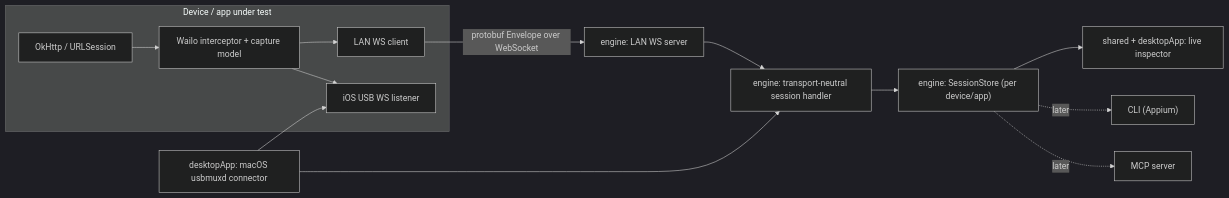
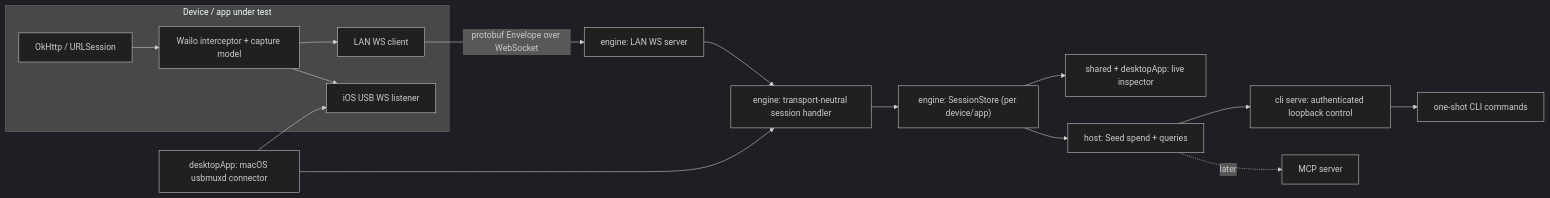
Before and after one commit to venbiasa/wailo: the diagram in ARCHITECTURE.md, drawn with Mermaid (dark theme). The commit also changed other lines of this file and 23 other files, not shown here.

````diff
--- a/ARCHITECTURE.md
+++ b/ARCHITECTURE.md
@@ -21,16 +21,18 @@
 ```mermaid
 flowchart LR
   subgraph device [Device / app under test]
     ok[OkHttp / URLSession] --> intc["Wailo interceptor + capture model"]
     intc --> client["LAN WS client"]
     intc --> listener["iOS USB WS listener"]
   end
   client -->|"protobuf Envelope over WebSocket"| server["engine: LAN WS server"]
   usb["desktopApp: macOS usbmuxd connector"] --> listener
   server --> session["engine: transport-neutral session handler"]
   usb --> session
   session --> store["engine: SessionStore (per device/app)"]
   store --> ui["shared + desktopApp: live inspector"]
-  store -. later .-> cli["CLI (Appium)"]
-  store -. later .-> mcp["MCP server"]
+  store --> host["host: Seed spend + queries"]
+  host --> control["cli serve: authenticated loopback control"]
+  control --> cli["one-shot CLI commands"]
+  host -. later .-> mcp["MCP server"]
 ```
````
